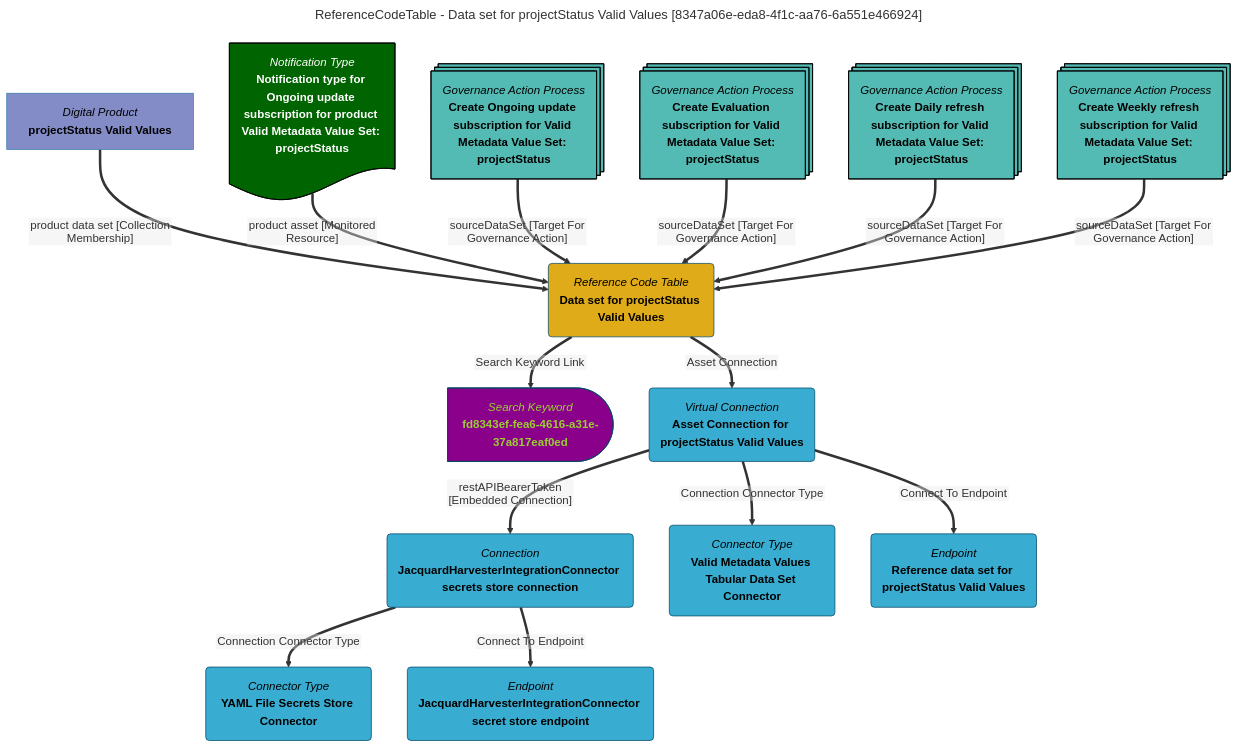
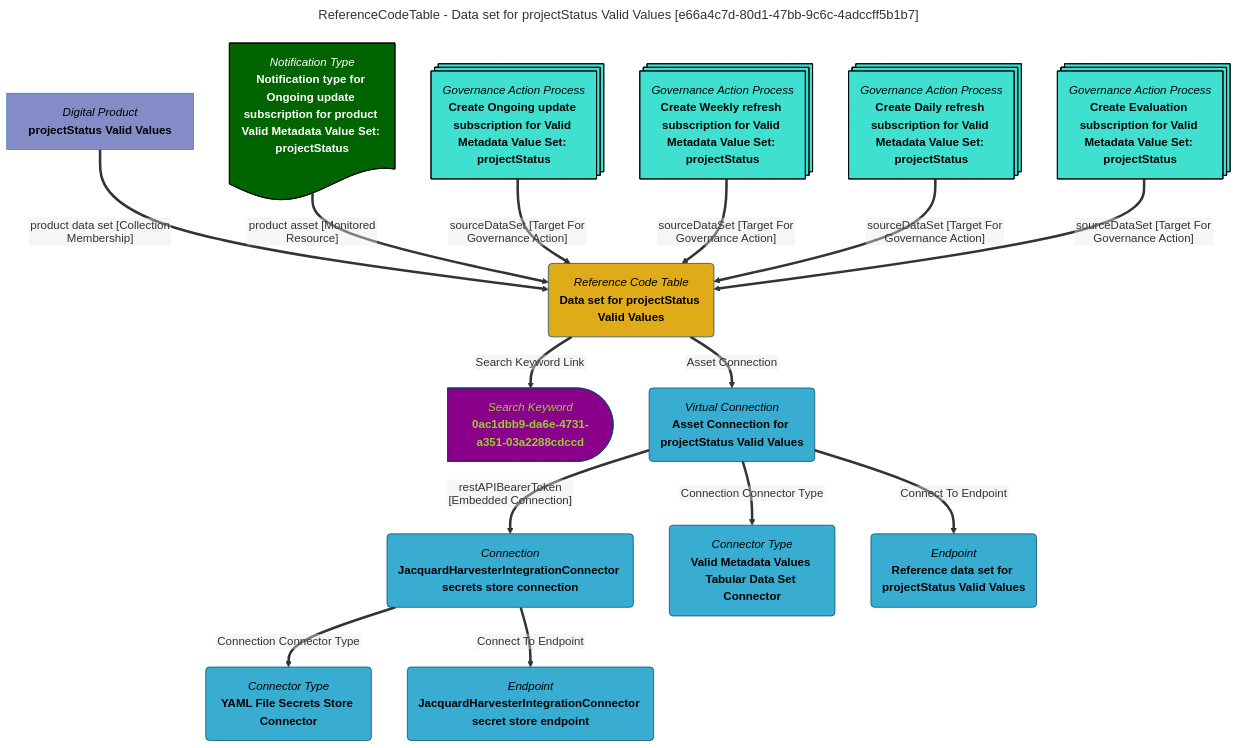
One commit to odpi/egeria-docs changed the diagram in site/snippets/data-assets/data-set-for-projectstatus-valid-values-mermaid-graph.md. Above: the diagram before and after it, drawn with Mermaid. The commit also changed 2201 other files, not shown here.

````diff
--- a/site/snippets/data-assets/data-set-for-projectstatus-valid-values-mermaid-graph.md
+++ b/site/snippets/data-assets/data-set-for-projectstatus-valid-values-mermaid-graph.md
@@ -1,63 +1,63 @@
 ```mermaid
 ---
-title: ReferenceCodeTable - Data set for projectStatus Valid Values [8347a06e-eda8-4f1c-aa76-6a551e466924]
+title: ReferenceCodeTable - Data set for projectStatus Valid Values [e66a4c7d-80d1-47bb-9c6c-4adccff5b1b7]
 ---
 flowchart TD
 %%{init: {"flowchart": {"htmlLabels": false}} }%%
 
 1@{ shape: rounded, label: "*Reference Code Table*
 **Data set for projectStatus Valid Values**"}
 2@{ shape: delay, label: "*Search Keyword*
-**fd8343ef-fea6-4616-a31e-37a817eaf0ed**"}
+**0ac1dbb9-da6e-4731-a351-03a2288cdccd**"}
 1==>|"Search Keyword Link"|2
 3@{ shape: rect, label: "*Digital Product*
 **projectStatus Valid Values**"}
 3==>|"product data set [Collection Membership]"|1
 4@{ shape: rounded, label: "*Virtual Connection*
 **Asset Connection for projectStatus Valid Values**"}
 1==>|"Asset Connection"|4
 5@{ shape: rounded, label: "*Connection*
 **JacquardHarvesterIntegrationConnector secrets store connection**"}
 4==>|"restAPIBearerToken [Embedded Connection]"|5
 6@{ shape: rounded, label: "*Connector Type*
 **YAML File Secrets Store Connector**"}
 5==>|"Connection Connector Type"|6
 7@{ shape: rounded, label: "*Endpoint*
 **JacquardHarvesterIntegrationConnector secret store endpoint**"}
 5==>|"Connect To Endpoint"|7
 8@{ shape: rounded, label: "*Connector Type*
 **Valid Metadata Values Tabular Data Set Connector**"}
 4==>|"Connection Connector Type"|8
 9@{ shape: rounded, label: "*Endpoint*
 **Reference data set for projectStatus Valid Values**"}
 4==>|"Connect To Endpoint"|9
 10@{ shape: doc, label: "*Notification Type*
 **Notification type for Ongoing update subscription for product Valid Metadata Value Set: projectStatus**"}
 10==>|"product asset [Monitored Resource]"|1
 11@{ shape: processes, label: "*Governance Action Process*
 **Create Ongoing update subscription for Valid Metadata Value Set: projectStatus**"}
 11==>|"sourceDataSet [Target For Governance Action]"|1
 12@{ shape: processes, label: "*Governance Action Process*
-**Create Evaluation subscription for Valid Metadata Value Set: projectStatus**"}
+**Create Weekly refresh subscription for Valid Metadata Value Set: projectStatus**"}
 12==>|"sourceDataSet [Target For Governance Action]"|1
 13@{ shape: processes, label: "*Governance Action Process*
 **Create Daily refresh subscription for Valid Metadata Value Set: projectStatus**"}
 13==>|"sourceDataSet [Target For Governance Action]"|1
 14@{ shape: processes, label: "*Governance Action Process*
-**Create Weekly refresh subscription for Valid Metadata Value Set: projectStatus**"}
+**Create Evaluation subscription for Valid Metadata Value Set: projectStatus**"}
 14==>|"sourceDataSet [Target For Governance Action]"|1
-style 11 color:#000000, fill:#53bbb4, stroke:#000000
-style 12 color:#000000, fill:#53bbb4, stroke:#000000
-style 13 color:#000000, fill:#53bbb4, stroke:#000000
-style 14 color:#000000, fill:#53bbb4, stroke:#000000
+style 11 color:#000000, fill:#40E0D0, stroke:#000000
+style 12 color:#000000, fill:#40E0D0, stroke:#000000
+style 13 color:#000000, fill:#40E0D0, stroke:#000000
+style 14 color:#000000, fill:#40E0D0, stroke:#000000
 style 1 color:#000000, fill:#e0ab18, stroke:#004563
-style 2 color:#9acd32, fill:#8b008b, stroke:#004563
+style 2 color:#9ACD32, fill:#8B008B, stroke:#004563
 style 3 color:#000000, fill:#838cc7, stroke:#3079ab
 style 4 color:#000000, fill:#39add1, stroke:#004563
 style 5 color:#000000, fill:#39add1, stroke:#004563
 style 6 color:#000000, fill:#39add1, stroke:#004563
 style 7 color:#000000, fill:#39add1, stroke:#004563
 style 8 color:#000000, fill:#39add1, stroke:#004563
 style 9 color:#000000, fill:#39add1, stroke:#004563
 style 10 color:#FFFFFF, fill:#006400, stroke:#000000
 ```
````
